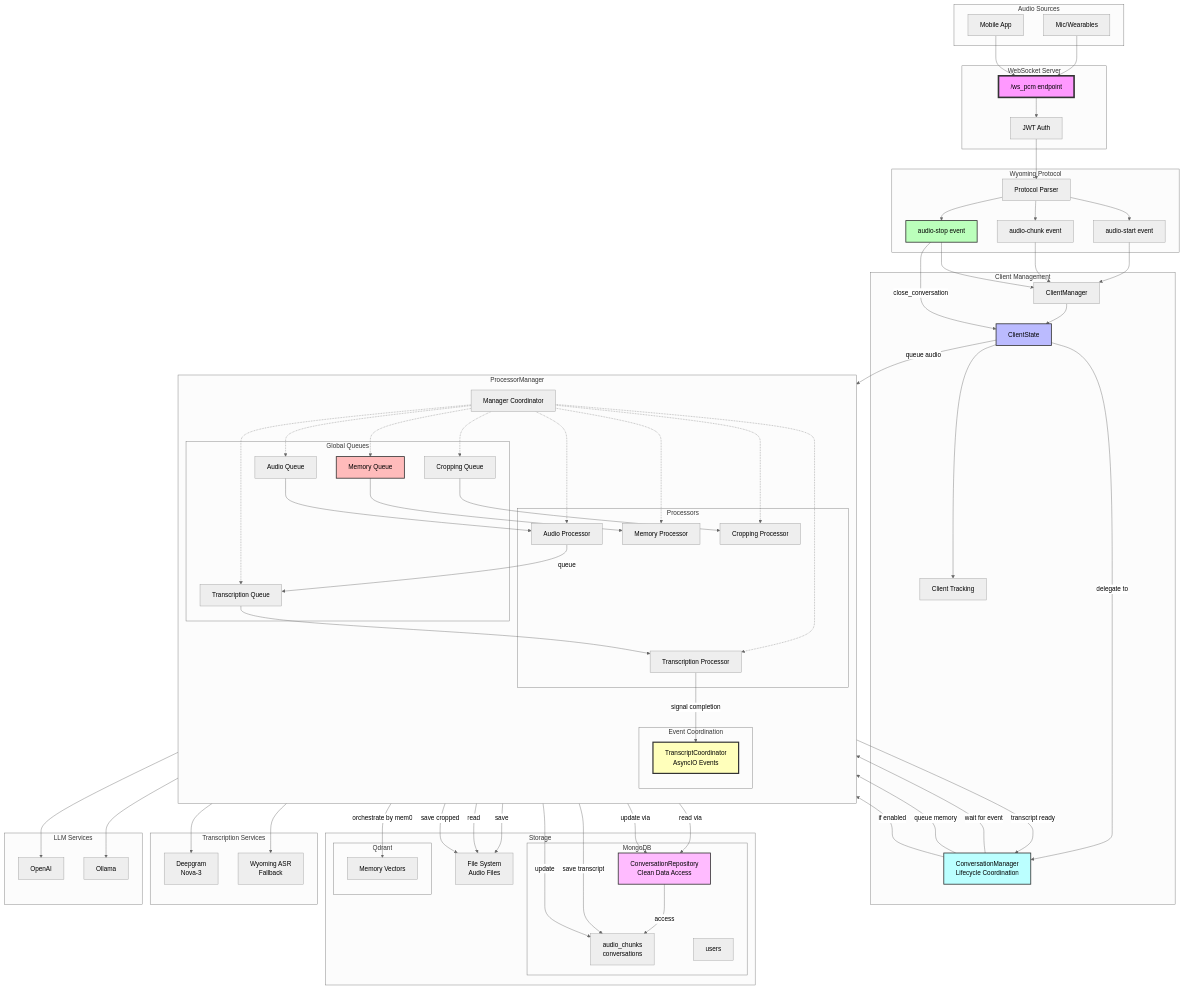
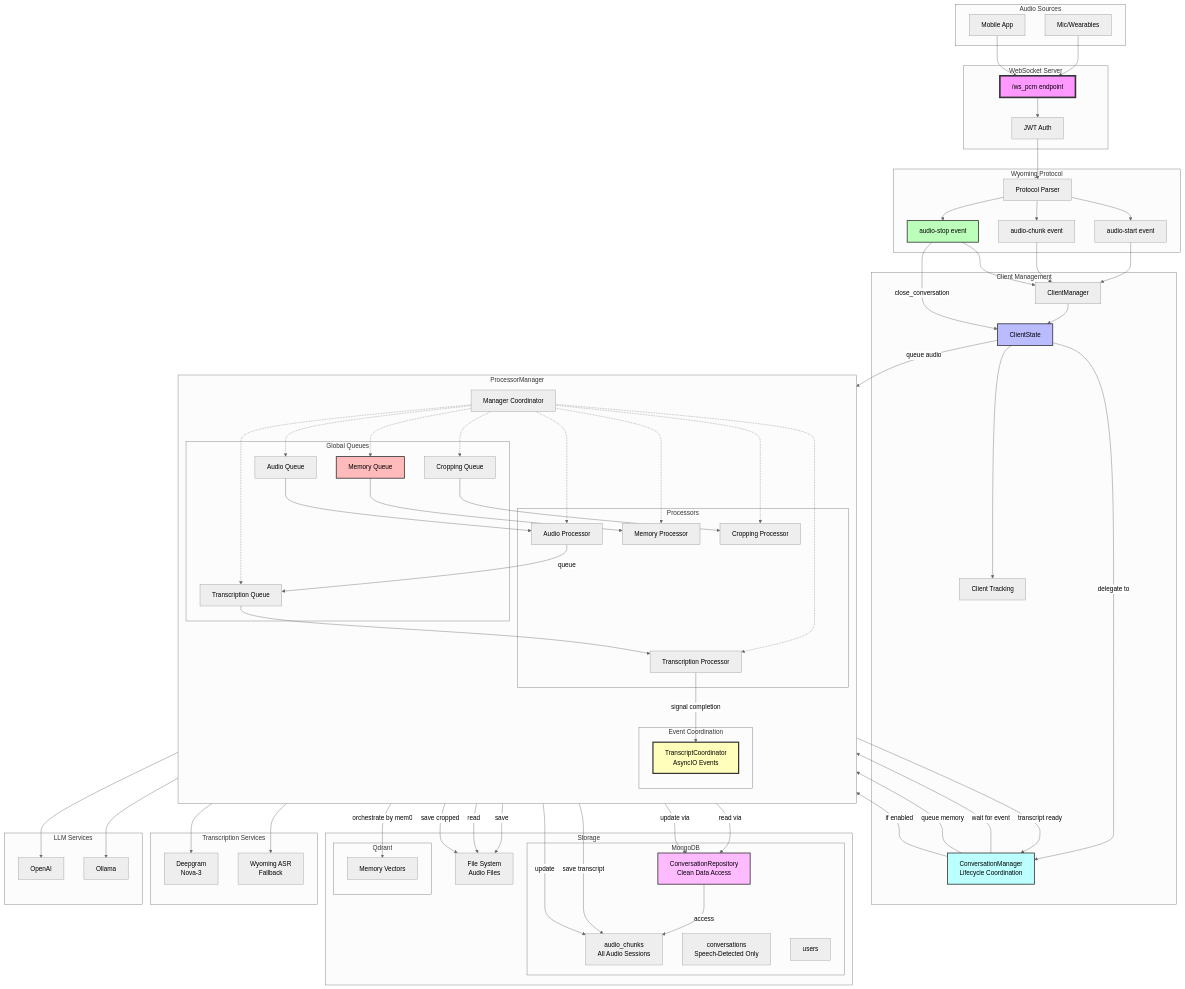
Before and after one commit to AnkushMalaker/friend-lite: the first of 4 diagrams in backends/advanced/Docs/architecture.md, drawn with Mermaid (neutral theme). The commit also changed other lines of this file and 5 other files, not shown here.

```diff
--- a/backends/advanced/Docs/architecture.md
+++ b/backends/advanced/Docs/architecture.md
@@ -67,13 +67,14 @@
     %% Storage Systems
     subgraph "Storage"
         FS[File System<br/>Audio Files]
-        
+
         subgraph "MongoDB"
-            AC_COL[audio_chunks<br/>conversations]
+            AC_COL[audio_chunks<br/>All Audio Sessions]
+            CONV_COL[conversations<br/>Speech-Detected Only]
             USERS[users]
             CONV_REPO[ConversationRepository<br/>Clean Data Access]
         end
-        
+
         subgraph "Qdrant"
             MEM[Memory Vectors]
         end
```
